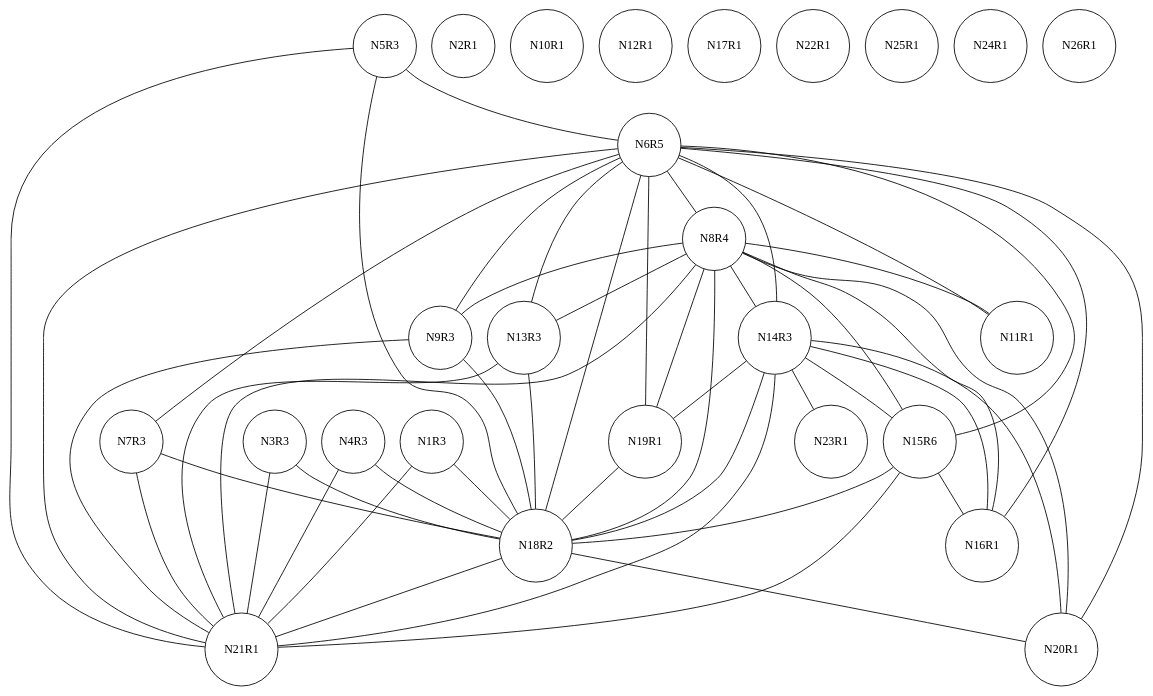
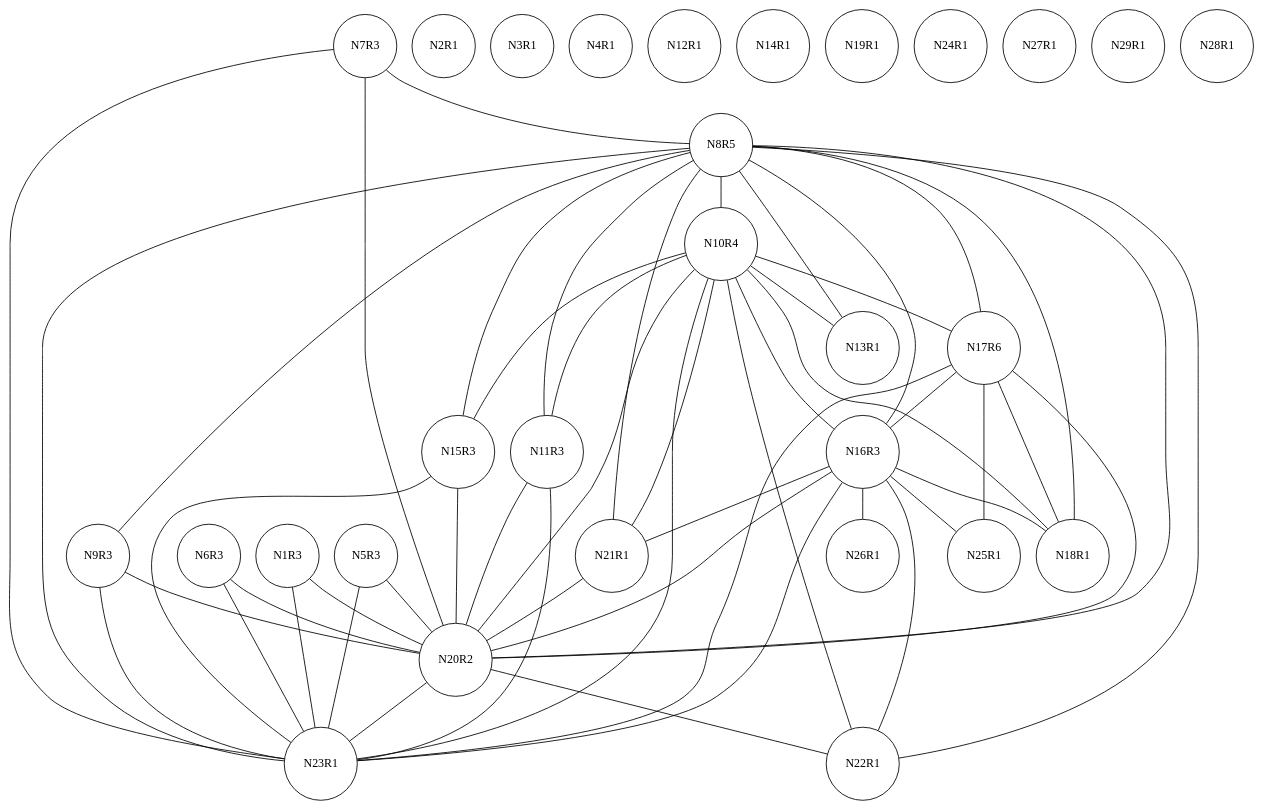
The diagram in project/caw001.txt.ig.dot (chris-wood/PL241-Compiler), drawn with Graphviz before and after one commit. The commit also changed 10 other files, not shown here.

```diff
--- a/project/caw001.txt.ig.dot
+++ b/project/caw001.txt.ig.dot
@@ -1,79 +1,84 @@
 graph ig {
     node [shape = circle];
     N1R3;
     N2R1;
-    N3R3;
-    N4R3;
+    N3R1;
+    N4R1;
     N5R3;
-    N6R5;
+    N6R3;
     N7R3;
-    N8R4;
+    N8R5;
     N9R3;
-    N10R1;
-    N11R1;
+    N10R4;
+    N11R3;
     N12R1;
-    N13R3;
-    N14R3;
-    N15R6;
-    N17R1;
-    N16R1;
+    N13R1;
+    N14R1;
+    N15R3;
+    N17R6;
+    N16R3;
     N19R1;
-    N18R2;
+    N18R1;
     N21R1;
-    N20R1;
+    N20R2;
     N23R1;
     N22R1;
     N25R1;
     N24R1;
+    N27R1;
     N26R1;
-    N1R3 -- N18R2;
-    N1R3 -- N21R1;
-    N3R3 -- N18R2;
-    N3R3 -- N21R1;
-    N4R3 -- N18R2;
-    N4R3 -- N21R1;
-    N5R3 -- N6R5;
-    N5R3 -- N18R2;
-    N5R3 -- N21R1;
-    N6R5 -- N21R1;
-    N6R5 -- N20R1;
-    N6R5 -- N19R1;
-    N6R5 -- N18R2;
-    N6R5 -- N16R1;
-    N6R5 -- N14R3;
-    N6R5 -- N8R4;
-    N6R5 -- N15R6;
-    N6R5 -- N13R3;
-    N6R5 -- N11R1;
-    N6R5 -- N9R3;
-    N6R5 -- N7R3;
-    N7R3 -- N18R2;
-    N7R3 -- N21R1;
-    N8R4 -- N14R3;
-    N8R4 -- N21R1;
-    N8R4 -- N20R1;
-    N8R4 -- N19R1;
-    N8R4 -- N18R2;
-    N8R4 -- N16R1;
-    N8R4 -- N15R6;
-    N8R4 -- N13R3;
-    N8R4 -- N11R1;
-    N8R4 -- N9R3;
-    N9R3 -- N18R2;
-    N9R3 -- N21R1;
-    N13R3 -- N18R2;
-    N13R3 -- N21R1;
-    N14R3 -- N20R1;
-    N14R3 -- N19R1;
-    N14R3 -- N18R2;
-    N14R3 -- N23R1;
-    N14R3 -- N16R1;
-    N14R3 -- N21R1;
-    N14R3 -- N15R6;
-    N15R6 -- N16R1;
-    N15R6 -- N18R2;
-    N15R6 -- N21R1;
-    N19R1 -- N18R2;
-    N18R2 -- N21R1;
-    N18R2 -- N20R1;
+    N29R1;
+    N28R1;
+    N1R3 -- N23R1;
+    N1R3 -- N20R2;
+    N5R3 -- N23R1;
+    N5R3 -- N20R2;
+    N6R3 -- N23R1;
+    N6R3 -- N20R2;
+    N7R3 -- N8R5;
+    N7R3 -- N23R1;
+    N7R3 -- N20R2;
+    N8R5 -- N23R1;
+    N8R5 -- N22R1;
+    N8R5 -- N21R1;
+    N8R5 -- N20R2;
+    N8R5 -- N18R1;
+    N8R5 -- N16R3;
+    N8R5 -- N10R4;
+    N8R5 -- N17R6;
+    N8R5 -- N15R3;
+    N8R5 -- N13R1;
+    N8R5 -- N11R3;
+    N8R5 -- N9R3;
+    N9R3 -- N23R1;
+    N9R3 -- N20R2;
+    N10R4 -- N16R3;
+    N10R4 -- N23R1;
+    N10R4 -- N22R1;
+    N10R4 -- N21R1;
+    N10R4 -- N20R2;
+    N10R4 -- N18R1;
+    N10R4 -- N17R6;
+    N10R4 -- N15R3;
+    N10R4 -- N13R1;
+    N10R4 -- N11R3;
+    N11R3 -- N23R1;
+    N11R3 -- N20R2;
+    N15R3 -- N23R1;
+    N15R3 -- N20R2;
+    N17R6 -- N25R1;
+    N17R6 -- N18R1;
+    N17R6 -- N16R3;
+    N17R6 -- N23R1;
+    N17R6 -- N20R2;
+    N16R3 -- N22R1;
+    N16R3 -- N21R1;
+    N16R3 -- N20R2;
+    N16R3 -- N26R1;
+    N16R3 -- N25R1;
+    N16R3 -- N18R1;
+    N16R3 -- N23R1;
+    N21R1 -- N20R2;
+    N20R2 -- N23R1;
+    N20R2 -- N22R1;
 }
```
